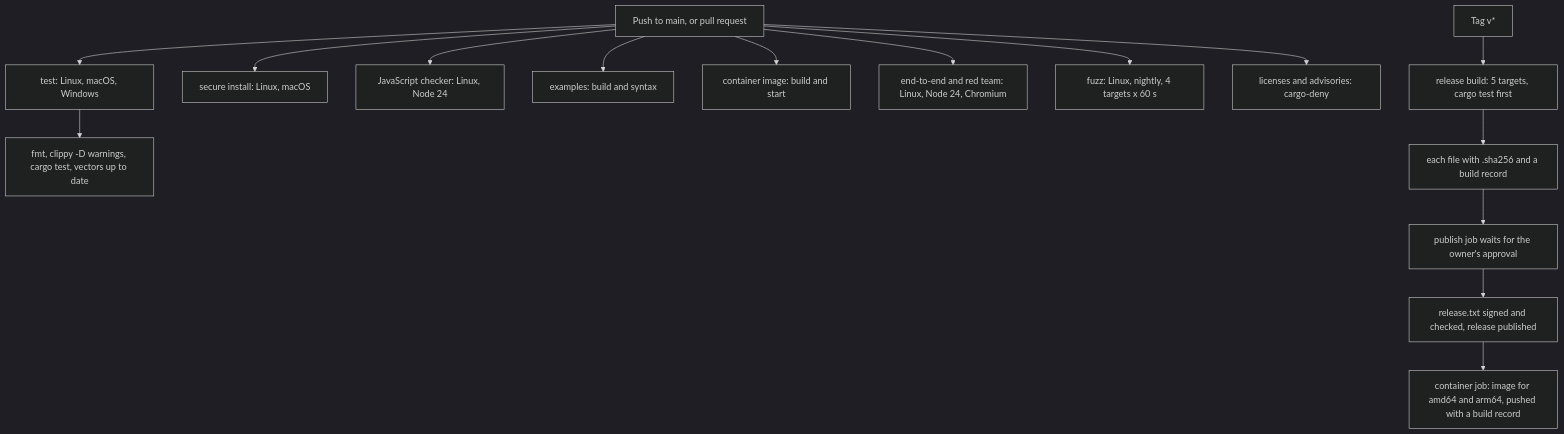
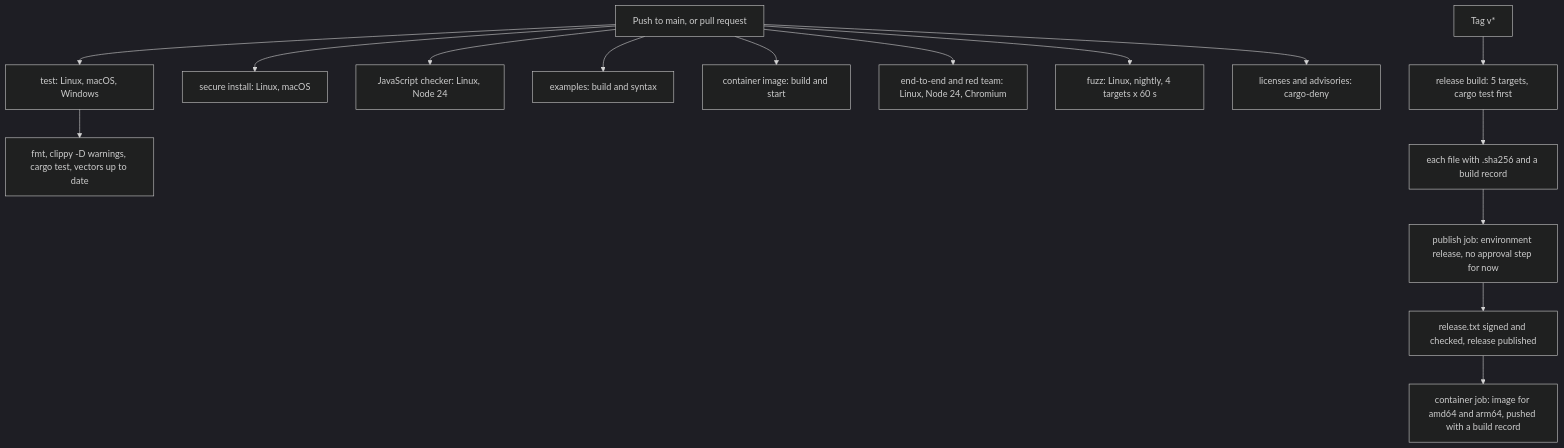
One commit to Phygital-Key/phygital-key changed the diagram in docs/testing.md. Above: the diagram before and after it, drawn with Mermaid (dark theme). The commit also changed other lines of this file and 21 other files, not shown here.

Commit message:
Release approval step off for the early stage: docs and comments

````diff
--- a/docs/testing.md
+++ b/docs/testing.md
@@ -402,17 +402,17 @@
 ```mermaid
 flowchart TD
   T["Push to main, or pull request"] --> J1["test: Linux, macOS, Windows"]
   T --> J2["secure install: Linux, macOS"]
   T --> J3["JavaScript checker: Linux, Node 24"]
   T --> J7["examples: build and syntax"]
   T --> J8["container image: build and start"]
   T --> J4["end-to-end and red team: Linux, Node 24, Chromium"]
   T --> J5["fuzz: Linux, nightly, 4 targets x 60 s"]
   T --> J6["licenses and advisories: cargo-deny"]
   J1 --> S1["fmt, clippy -D warnings, cargo test, vectors up to date"]
   Tag["Tag v*"] --> RB["release build: 5 targets, cargo test first"]
   RB --> RD["each file with .sha256 and a build record"]
-  RD --> SG["publish job waits for the owner's approval"]
+  RD --> SG["publish job: environment release, no approval step for now"]
   SG --> RP["release.txt signed and checked, release published"]
   RP --> RC["container job: image for amd64 and arm64, pushed with a build record"]
 ```
````
